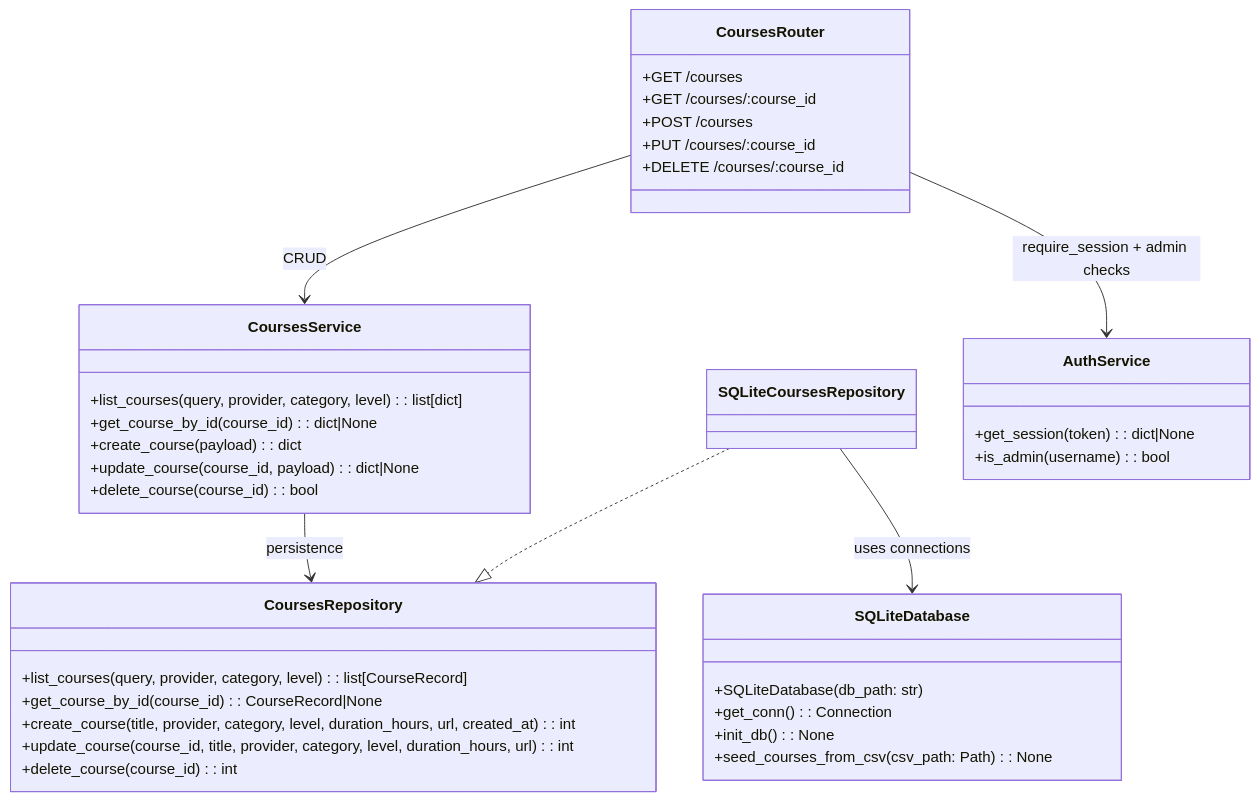
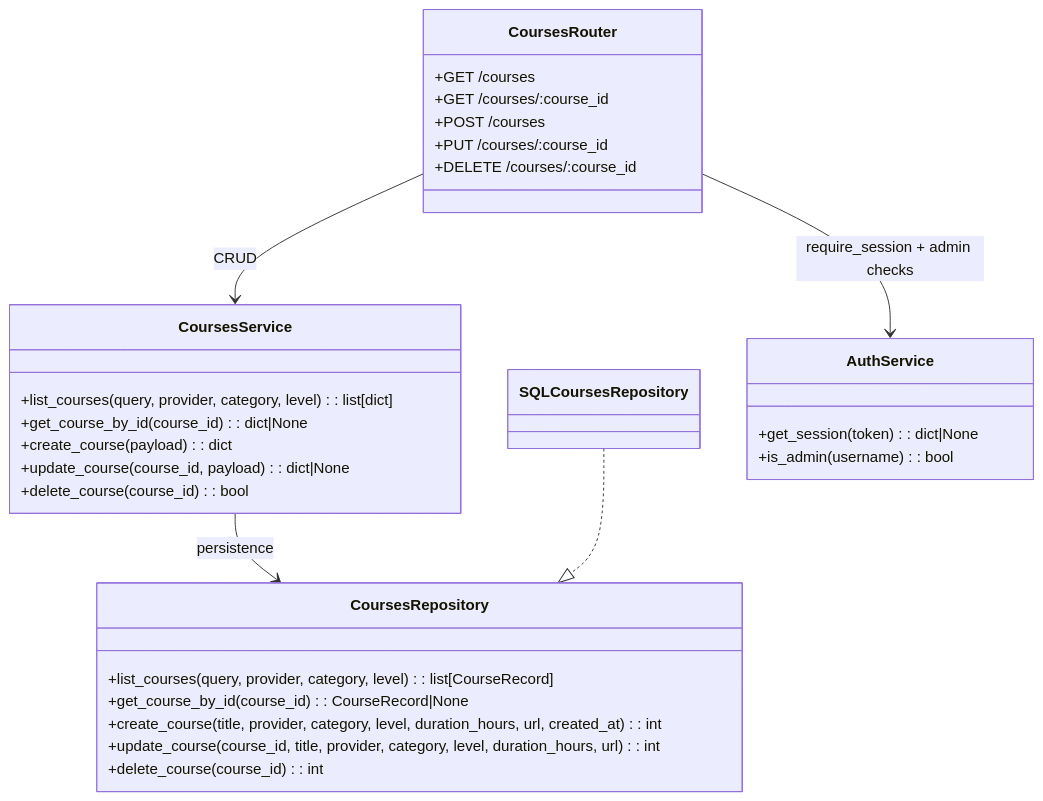
One commit to JustinMelger/Upstream changed the sixth of 13 diagrams in docs/architecture.md. Above: the diagram before and after it, drawn with Mermaid. The commit also changed other lines of this file and 66 other files, not shown here.

````diff
--- a/docs/architecture.md
+++ b/docs/architecture.md
@@ -219,47 +211,39 @@
 ```mermaid
 classDiagram
   class CoursesRouter {
     +GET /courses
     +GET /courses/:course_id
     +POST /courses
     +PUT /courses/:course_id
     +DELETE /courses/:course_id
   }
 
   class CoursesService {
     +list_courses(query, provider, category, level): list[dict]
     +get_course_by_id(course_id): dict|None
     +create_course(payload): dict
     +update_course(course_id, payload): dict|None
     +delete_course(course_id): bool
   }
 
   class CoursesRepository {
     +list_courses(query, provider, category, level): list[CourseRecord]
     +get_course_by_id(course_id): CourseRecord|None
     +create_course(title, provider, category, level, duration_hours, url, created_at): int
     +update_course(course_id, title, provider, category, level, duration_hours, url): int
     +delete_course(course_id): int
   }
 
-  class SQLiteCoursesRepository {
+  class SQLCoursesRepository {
   }
 
   class AuthService {
     +get_session(token): dict|None
     +is_admin(username): bool
   }
 
-  class SQLiteDatabase {
-    +SQLiteDatabase(db_path: str)
-    +get_conn(): Connection
-    +init_db(): None
-    +seed_courses_from_csv(csv_path: Path): None
-  }
-
   CoursesRouter --> AuthService : require_session + admin checks
   CoursesRouter --> CoursesService : CRUD
   CoursesService --> CoursesRepository : persistence
-  SQLiteCoursesRepository ..|> CoursesRepository
-  SQLiteCoursesRepository --> SQLiteDatabase : uses connections
+  SQLCoursesRepository ..|> CoursesRepository
 ```
````
